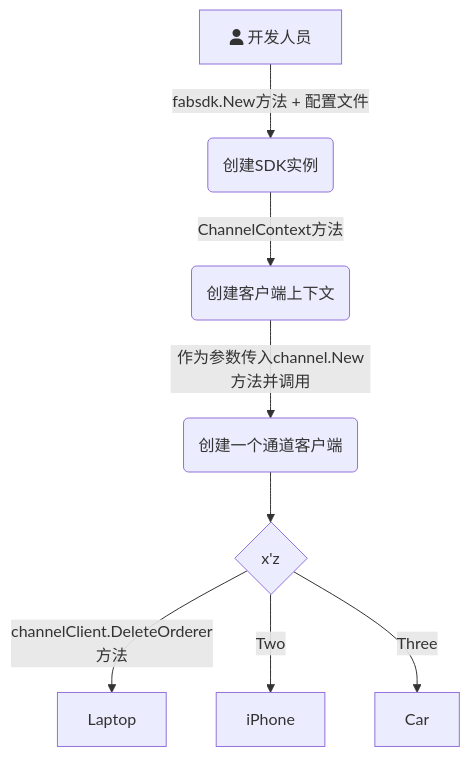
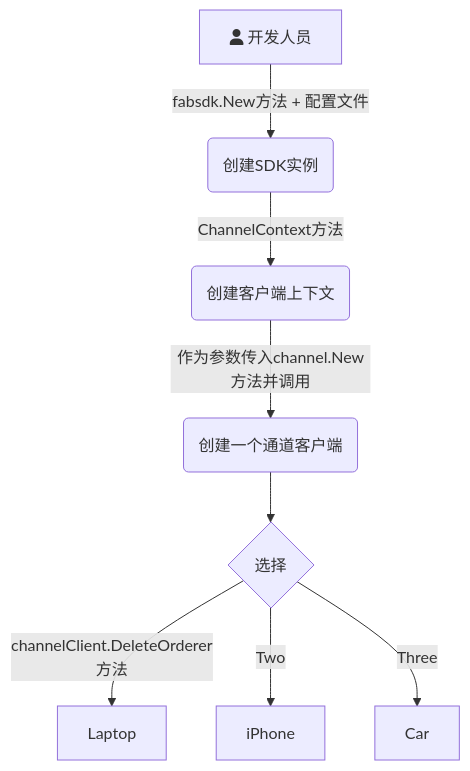
One commit to Utekichan/iodraw-files changed the diagram in all/未命名.md. Above: the diagram before and after it, drawn with Mermaid.

Commit message:
2024-03-30 22:21:44 update

````diff
--- a/all/未命名.md
+++ b/all/未命名.md
@@ -1,11 +1,11 @@
 ```mermaid
 graph TD
     A[fa:fa-user 开发人员] -->|fabsdk.New方法 + 配置文件| B(创建SDK实例)
     B-->|ChannelContext方法| C(创建客户端上下文)
     C-->|作为参数传入channel.New方法并调用| D(创建一个通道客户端)
-    D --> E{x'z}
+    D --> E{选择}
     E -->|channelClient.DeleteOrderer方法| F[Laptop]
     E -->|Two| G[iPhone]
     E -->|Three| H[Car]
   
 ```
````
